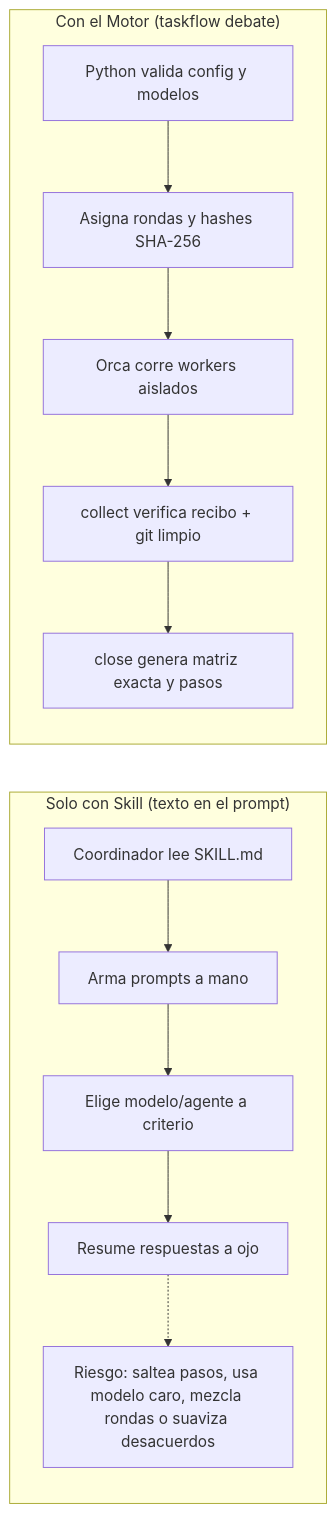
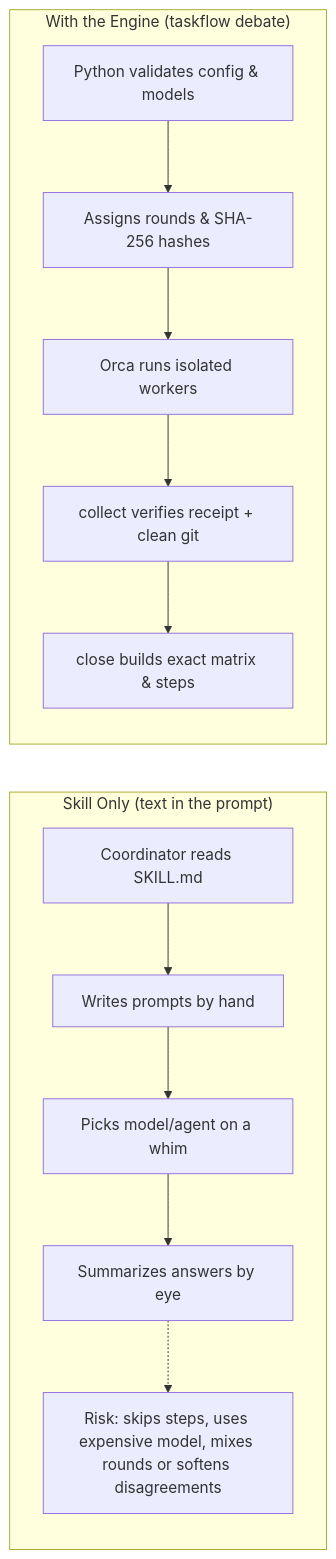
One commit to EzeCuccorese/ia-spec-ops-engine changed the first of 3 diagrams in docs/motor-vs-skills.md. Above: the diagram before and after it, drawn with Mermaid. The commit also changed other lines of this file and 2 other files, not shown here.

````diff
--- a/docs/motor-vs-skills.md
+++ b/docs/motor-vs-skills.md
@@ -11,18 +11,18 @@
 ```mermaid
 flowchart LR
-    subgraph S["Solo con Skill (texto en el prompt)"]
+    subgraph S["Skill Only (text in the prompt)"]
         direction TB
-        S1["Coordinador lee SKILL.md"] --> S2["Arma prompts a mano"]
-        S2 --> S3["Elige modelo/agente a criterio"]
-        S3 --> S4["Resume respuestas a ojo"]
-        S4 -.-> S5["Riesgo: saltea pasos, usa modelo caro, mezcla rondas o suaviza desacuerdos"]
+        S1["Coordinator reads SKILL.md"] --> S2["Writes prompts by hand"]
+        S2 --> S3["Picks model/agent on a whim"]
+        S3 --> S4["Summarizes answers by eye"]
+        S4 -.-> S5["Risk: skips steps, uses expensive model, mixes rounds or softens disagreements"]
     end
 
-    subgraph M["Con el Motor (taskflow debate)"]
+    subgraph M["With the Engine (taskflow debate)"]
         direction TB
-        M1["Python valida config y modelos"] --> M2["Asigna rondas y hashes SHA-256"]
-        M2 --> M3["Orca corre workers aislados"]
-        M3 --> M4["collect verifica recibo + git limpio"]
-        M4 --> M5["close genera matriz exacta y pasos"]
+        M1["Python validates config & models"] --> M2["Assigns rounds & SHA-256 hashes"]
+        M2 --> M3["Orca runs isolated workers"]
+        M3 --> M4["collect verifies receipt + clean git"]
+        M4 --> M5["close builds exact matrix & steps"]
     end
 ```
````
